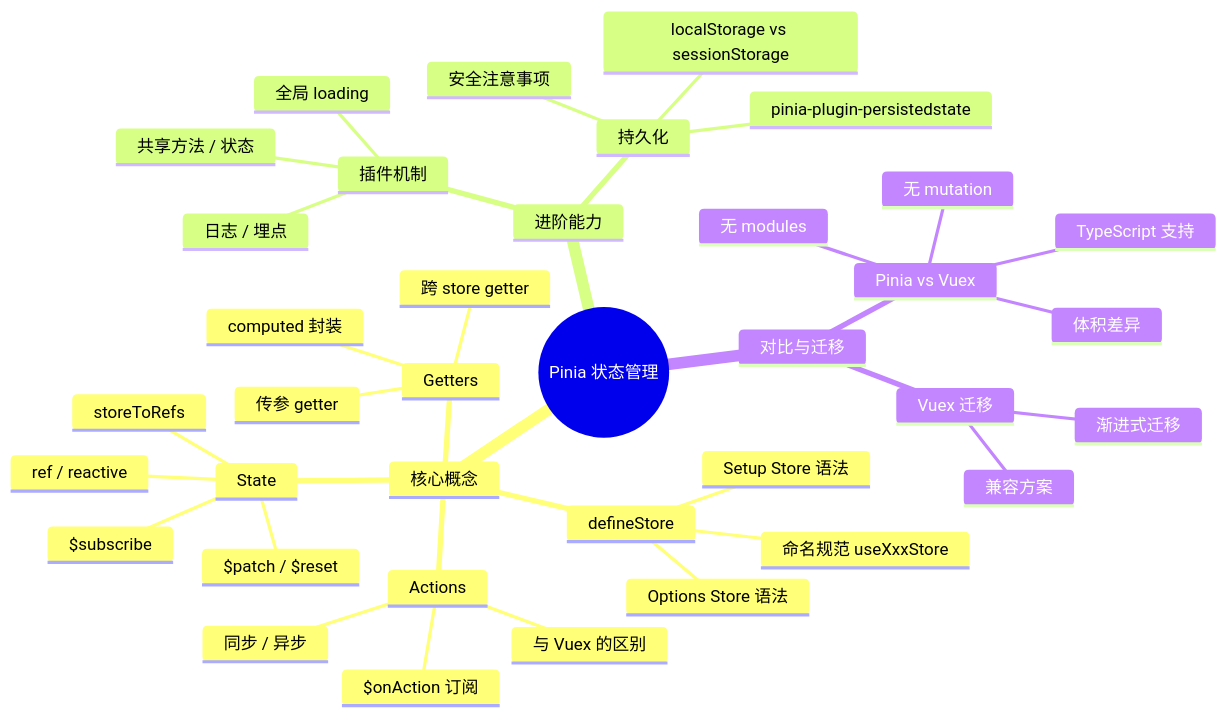
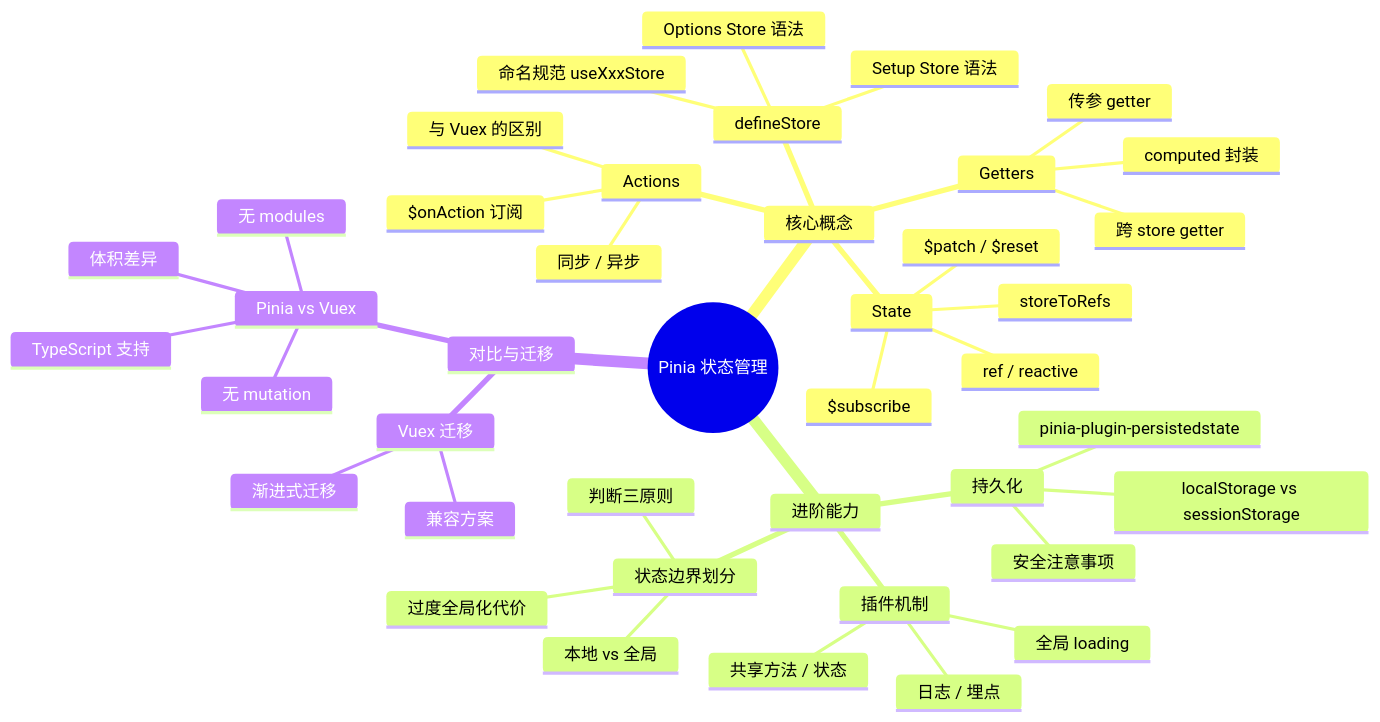
The diagram in docs/Pinia/index.md (zjh42139/interview-notes), drawn with Mermaid before and after one commit. The commit also changed other lines of this file and 44 other files, not shown here.

````diff
--- a/docs/Pinia/index.md
+++ b/docs/Pinia/index.md
@@ -24,40 +24,44 @@
 ```mermaid
 mindmap
   root((Pinia 状态管理))
     核心概念
       defineStore
         Setup Store 语法
         Options Store 语法
         命名规范 useXxxStore
       State
         ref / reactive
         storeToRefs
         $patch / $reset
         $subscribe
       Getters
         computed 封装
         传参 getter
         跨 store getter
       Actions
         同步 / 异步
         $onAction 订阅
         与 Vuex 的区别
     进阶能力
       持久化
         pinia-plugin-persistedstate
         localStorage vs sessionStorage
         安全注意事项
       插件机制
         日志 / 埋点
         全局 loading
         共享方法 / 状态
+      状态边界划分
+        判断三原则
+        本地 vs 全局
+        过度全局化代价
     对比与迁移
       Pinia vs Vuex
         无 mutation
         无 modules
         TypeScript 支持
         体积差异
       Vuex 迁移
         渐进式迁移
         兼容方案
 ```
````
